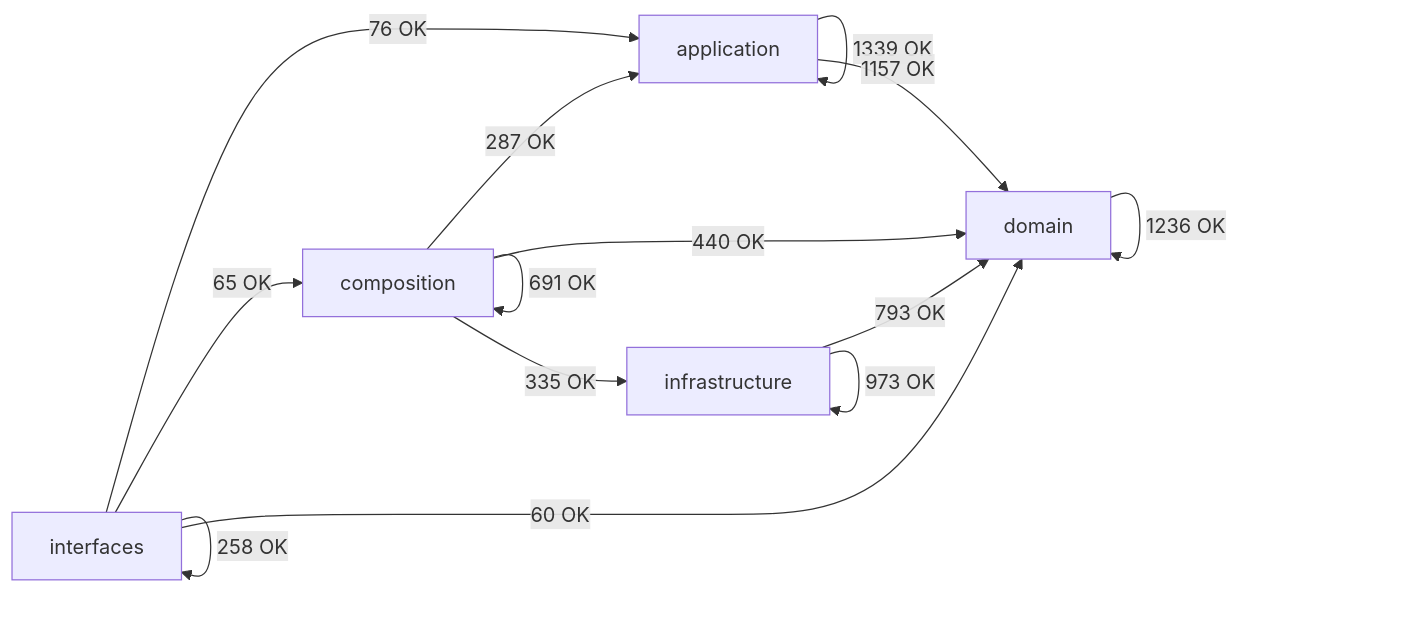
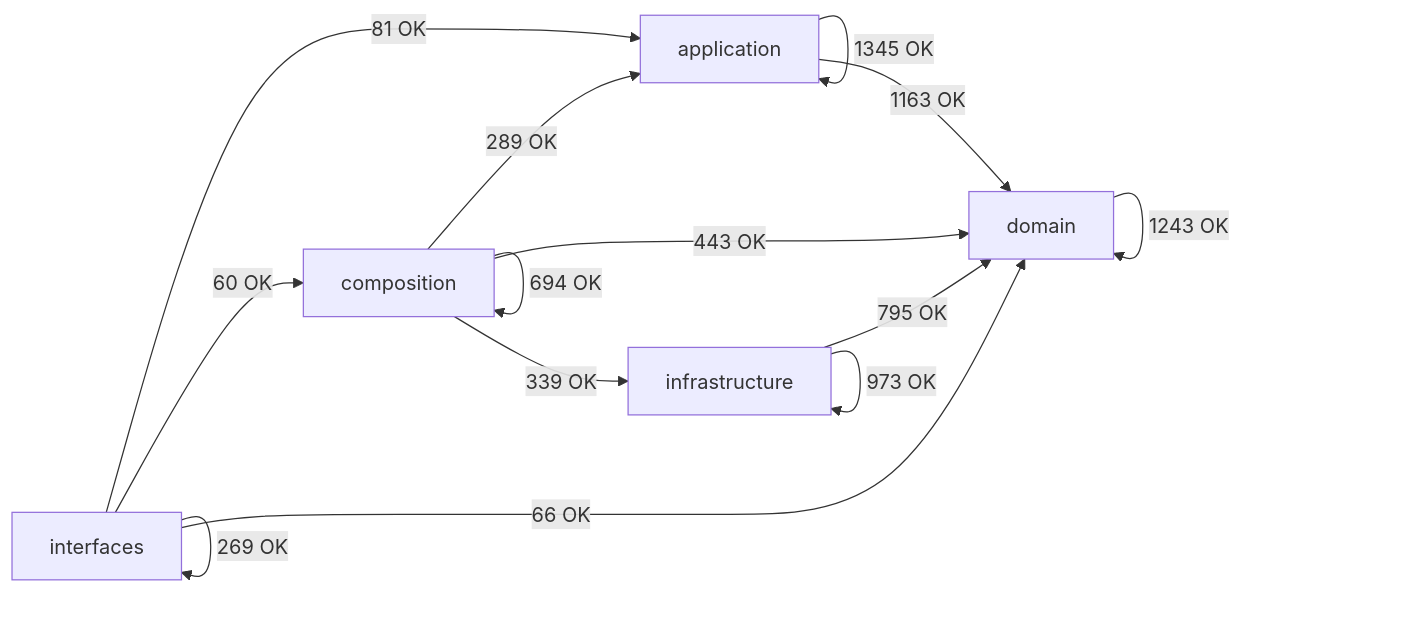
One commit to SatoryKono/BioactivityDataAcquisition changed the diagram in docs/02-architecture/generated/module-dependency-map.md. Above: the diagram before and after it, drawn with Mermaid. The commit also changed other lines of this file and 206 other files, not shown here.

````diff
--- a/docs/02-architecture/generated/module-dependency-map.md
+++ b/docs/02-architecture/generated/module-dependency-map.md
@@ -17,21 +17,21 @@
 ```mermaid
 flowchart LR
     domain[domain]
     application[application]
     infrastructure[infrastructure]
     composition[composition]
     interfaces[interfaces]
-    application -->|1339 OK| application
-    application -->|1157 OK| domain
-    composition -->|287 OK| application
-    composition -->|691 OK| composition
-    composition -->|440 OK| domain
-    composition -->|335 OK| infrastructure
-    domain -->|1236 OK| domain
-    infrastructure -->|793 OK| domain
+    application -->|1345 OK| application
+    application -->|1163 OK| domain
+    composition -->|289 OK| application
+    composition -->|694 OK| composition
+    composition -->|443 OK| domain
+    composition -->|339 OK| infrastructure
+    domain -->|1243 OK| domain
+    infrastructure -->|795 OK| domain
     infrastructure -->|973 OK| infrastructure
-    interfaces -->|76 OK| application
-    interfaces -->|65 OK| composition
-    interfaces -->|60 OK| domain
-    interfaces -->|258 OK| interfaces
+    interfaces -->|81 OK| application
+    interfaces -->|60 OK| composition
+    interfaces -->|66 OK| domain
+    interfaces -->|269 OK| interfaces
 ```
````
